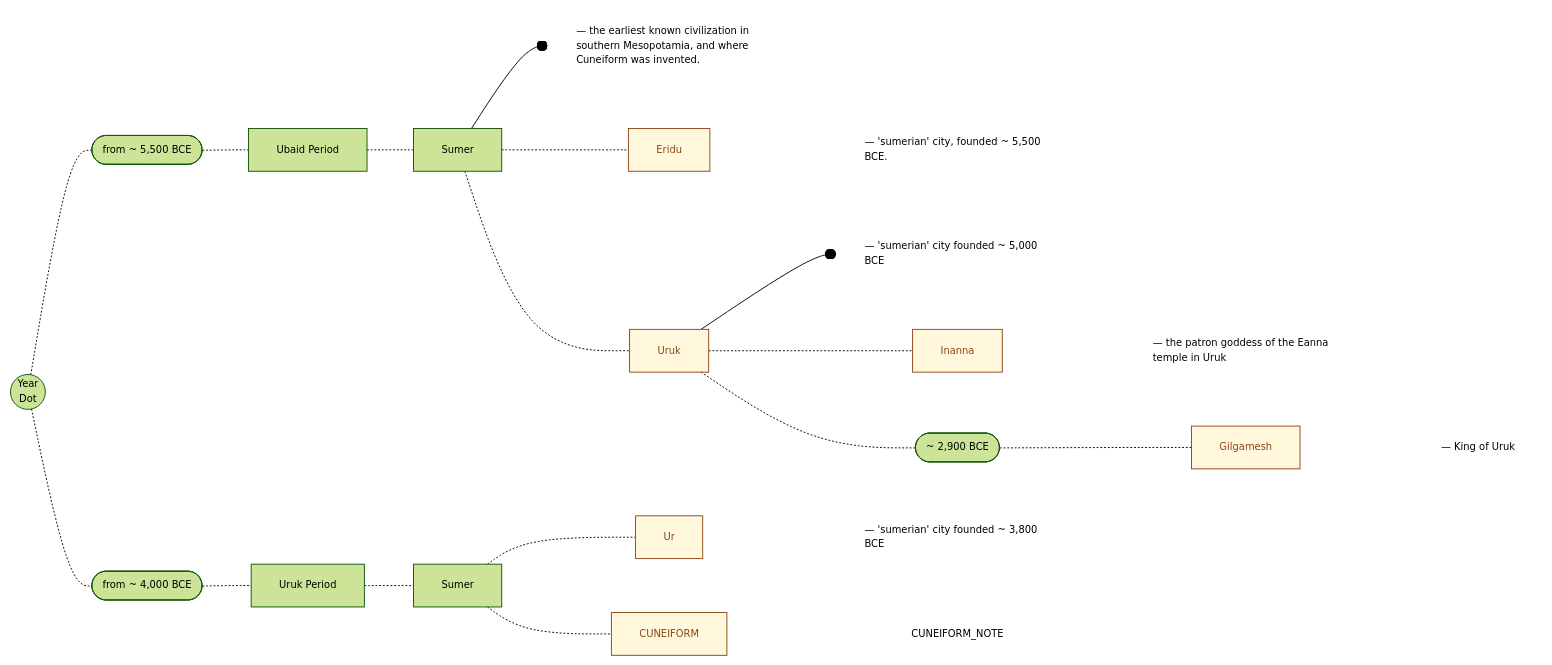
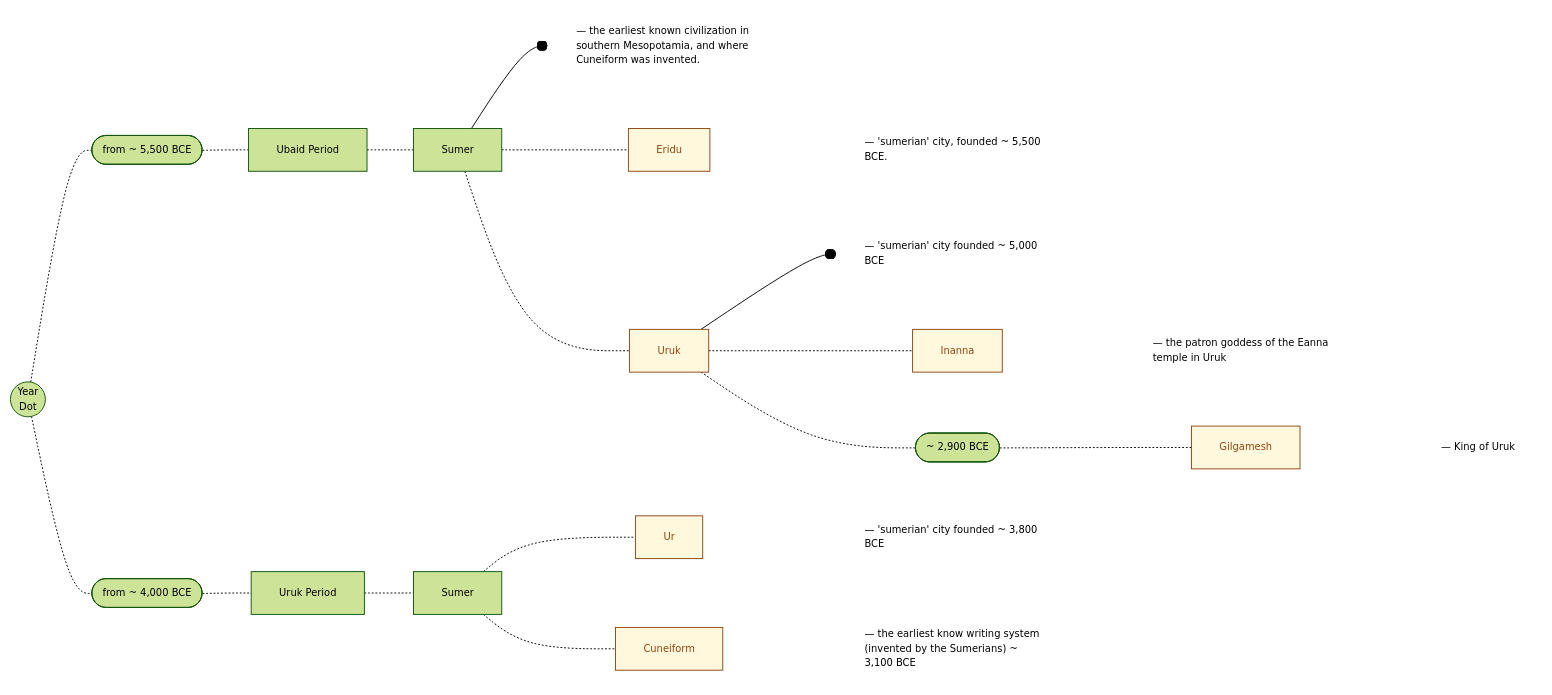
Before and after one commit to joe-dorward/samples: the second of 2 diagrams in mesopotamia_v2.01.md, drawn with Mermaid.

````diff
--- a/mesopotamia_v2.01.md
+++ b/mesopotamia_v2.01.md
@@ -76,73 +76,77 @@
 ```mermaid
 %%{
   init: {
     'theme': 'forest',
     'themeVariables': {
       'fontSize':'8pt'
 
     }
   }
 }%%
 flowchart LR
 
 classDef Node fill:cornsilk, stroke:saddlebrown, color:saddlebrown, line-height:150%, margin:0px, padding:0px;
 classDef Note fill:white, stroke:white, text-align:left;
 %% ---------- ---------- ---------- ---------- ---------- ---------- ---------- ---------- ---------- ----------
   YEAR_DOT(("Year<br>Dot"))
 
   5500([from ~ 5,500 BCE])
     UBAID_PERIOD[Ubaid Period]
     click UBAID_PERIOD "https://en.wikipedia.org/wiki/Ubaid_period" _blank
 
     SUMER[Sumer]
     SUMER_NOTE[#151; the earliest known civilization in southern Mesopotamia, and where Cuneiform was invented.]
     click SUMER "https://en.wikipedia.org/wiki/Sumer" _blank
 
     ERIDU[Eridu]
     ERIDU_NOTE[#151; 'sumerian' city, founded ~ 5,500 BCE.]
     click ERIDU "https://en.wikipedia.org/wiki/Eridu" _blank
 
     URUK[Uruk]
     URUK_NOTE[#151; 'sumerian' city founded ~ 5,000 BCE]
     click URUK "https://en.wikipedia.org/wiki/Uruk" _blank
 
     INANNA[Inanna]
     INANNA_NOTE[#151; the patron goddess of the Eanna temple in Uruk]
     click INANNA "https://en.wikipedia.org/wiki/Inanna" _blank
 
     2900_1([~ 2,900 BCE])
     GILGAMESH[Gilgamesh]
     GILGAMESH_NOTE[#151; King of Uruk]
     click GILGAMESH "https://en.wikipedia.org/wiki/Gilgamesh" _blank
 
   4000([from ~ 4,000 BCE])
     URUK_PERIOD[Uruk Period]
     click URUK_PERIOD "https://en.wikipedia.org/wiki/Uruk_period" _blank
 
     URUK_SUMER[Sumer]
     click URUK_SUMER "https://en.wikipedia.org/wiki/Sumer" _blank
 
     UR[Ur]
     UR_NOTE[#151; 'sumerian' city founded ~ 3,800 BCE]
     click UR "https://en.wikipedia.org/wiki/Ur" _blank
 
+    CUNEIFORM[Cuneiform]
+    CUNEIFORM_NOTE["#151; the earliest know writing system (invented by the Sumerians) ~ 3,100 BCE"]
+    click CUNEIFORM "https://en.wikipedia.org/wiki/Cuneiform" _blank
+
   %% ---------- ---------- ---------- ---------- ----------
   %% CONNECTIONS & CLASSES
   %% ---------- ---------- ---------- ---------- ----------
   YEAR_DOT-.-5500-.-UBAID_PERIOD
                     UBAID_PERIOD-.-SUMER--oSUMER_NOTE
                                    SUMER-.-ERIDU~~~ERIDU_NOTE
                                    SUMER-.-URUK--oURUK_NOTE
                                            URUK-.-INANNA~~~INANNA_NOTE
                                            URUK-.-2900_1-.-GILGAMESH~~~GILGAMESH_NOTE
 
   YEAR_DOT-.-4000-.-URUK_PERIOD-.-URUK_SUMER
                                   %%URUK-.-INANNA~~~INANNA_NOTE
                                   %%URUK-.-GILGAMESH~~~GILGAMESH_NOTE
 
                                   URUK_SUMER-.-UR~~~UR_NOTE
                                   URUK_SUMER-.-CUNEIFORM~~~CUNEIFORM_NOTE
 
   class ERIDU,URUK,INANNA,GILGAMESH,UR,CUNEIFORM Node
   class SUMER_NOTE,ERIDU_NOTE,URUK_NOTE,INANNA_NOTE,GILGAMESH_NOTE,UR_NOTE,CUNEIFORM_NOTE Note
 ```
````
